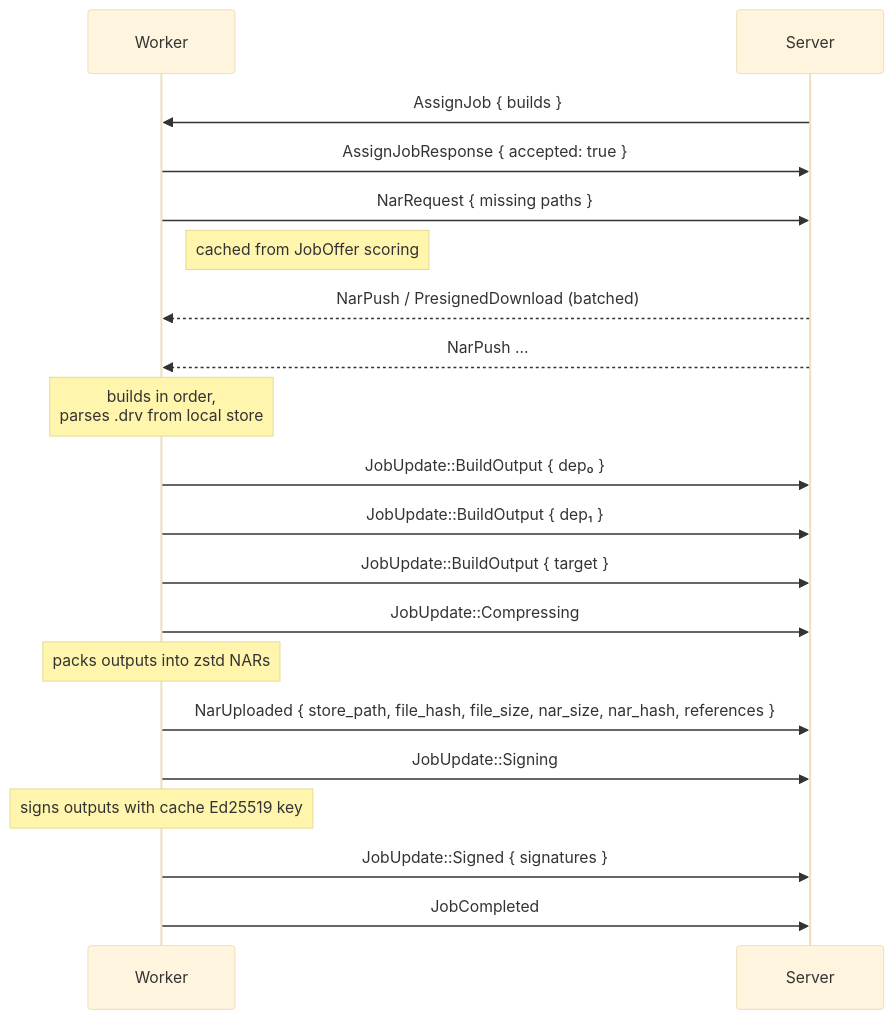
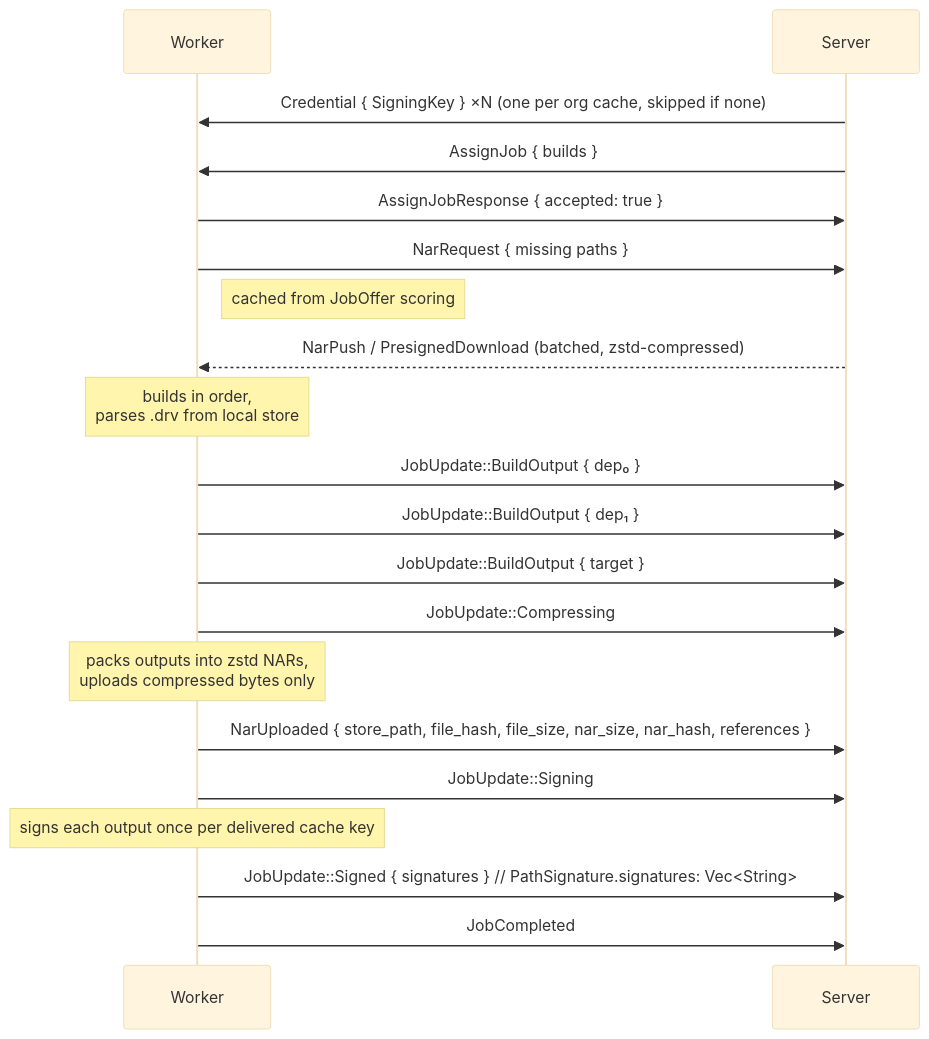
One commit to wavelens/gradient changed diagram 16 of 26 in docs/src/development/proto.md. Above: the diagram before and after it, drawn with Mermaid (base theme). The commit also changed other lines of this file and 44 other files, not shown here.

Commit message:
backend: add cache signing

````diff
--- a/docs/src/development/proto.md
+++ b/docs/src/development/proto.md
@@ -710,23 +741,23 @@
 ```mermaid
 sequenceDiagram
     participant W as Worker
     participant S as Server
 
+    S->>W: Credential { SigningKey } ×N (one per org cache, skipped if none)
     S->>W: AssignJob { builds }
     W->>S: AssignJobResponse { accepted: true }
     W->>S: NarRequest { missing paths }
     Note right of W: cached from JobOffer scoring
-    S-->>W: NarPush / PresignedDownload (batched)
-    S-->>W: NarPush ...
+    S-->>W: NarPush / PresignedDownload (batched, zstd-compressed)
     Note over W: builds in order,<br/>parses .drv from local store
     W->>S: JobUpdate::BuildOutput { dep₀ }
     W->>S: JobUpdate::BuildOutput { dep₁ }
     W->>S: JobUpdate::BuildOutput { target }
     W->>S: JobUpdate::Compressing
-    Note over W: packs outputs into zstd NARs
+    Note over W: packs outputs into zstd NARs,<br/>uploads compressed bytes only
     W->>S: NarUploaded { store_path, file_hash, file_size, nar_size, nar_hash, references }
     W->>S: JobUpdate::Signing
-    Note over W: signs outputs with cache Ed25519 key
-    W->>S: JobUpdate::Signed { signatures }
+    Note over W: signs each output once per delivered cache key
+    W->>S: JobUpdate::Signed { signatures }  // PathSignature.signatures: Vec<String>
     W->>S: JobCompleted
 ```
````
